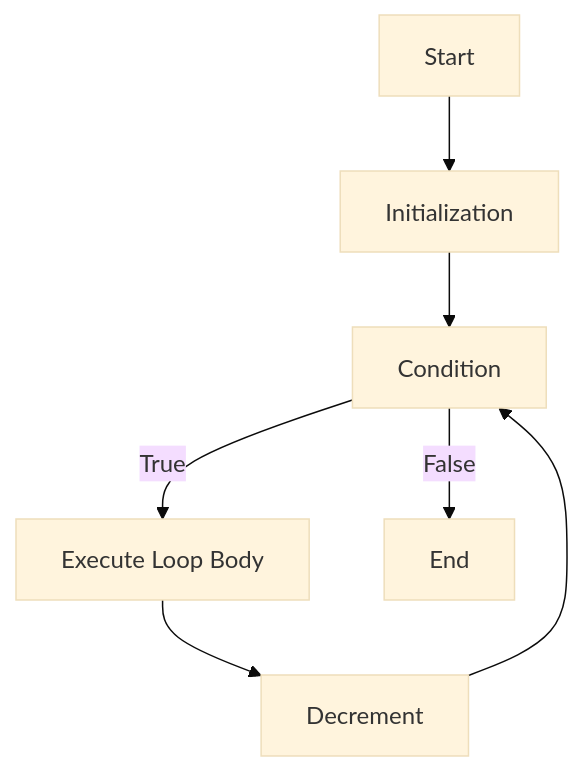
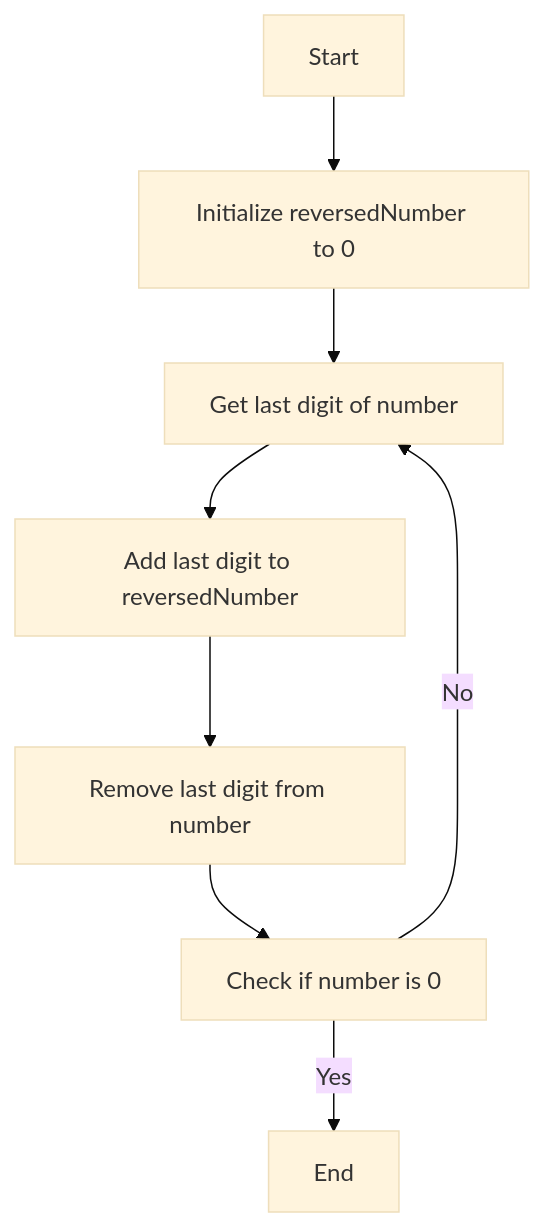
The first of 2 diagrams in 04LoopsAndFlowControl/src/Notes.md (ashishjangde/Java-Dsa), drawn with Mermaid (base theme) before and after one commit. The commit also changed other lines of this file, not shown here.

Commit message:
fix come graph issues

````diff
--- a/04LoopsAndFlowControl/src/Notes.md
+++ b/04LoopsAndFlowControl/src/Notes.md
@@ -121,9 +111,10 @@
 ```mermaid
 graph TD;
-    A[Start] --> B[Initialization];
-    B --> C[Condition];
-    C -->|True| D[Execute Loop Body];
-    D --> E[Decrement];
-    E --> C;
-    C -->|False| F[End];
+    A[Start] --> B[Initialize reversedNumber to 0];
+    B --> C[Get last digit of number];
+    C --> D[Add last digit to reversedNumber];
+    D --> E[Remove last digit from number];
+    E --> F[Check if number is 0];
+    F -->|No| C;
+    F -->|Yes| G[End];
 ```
````
